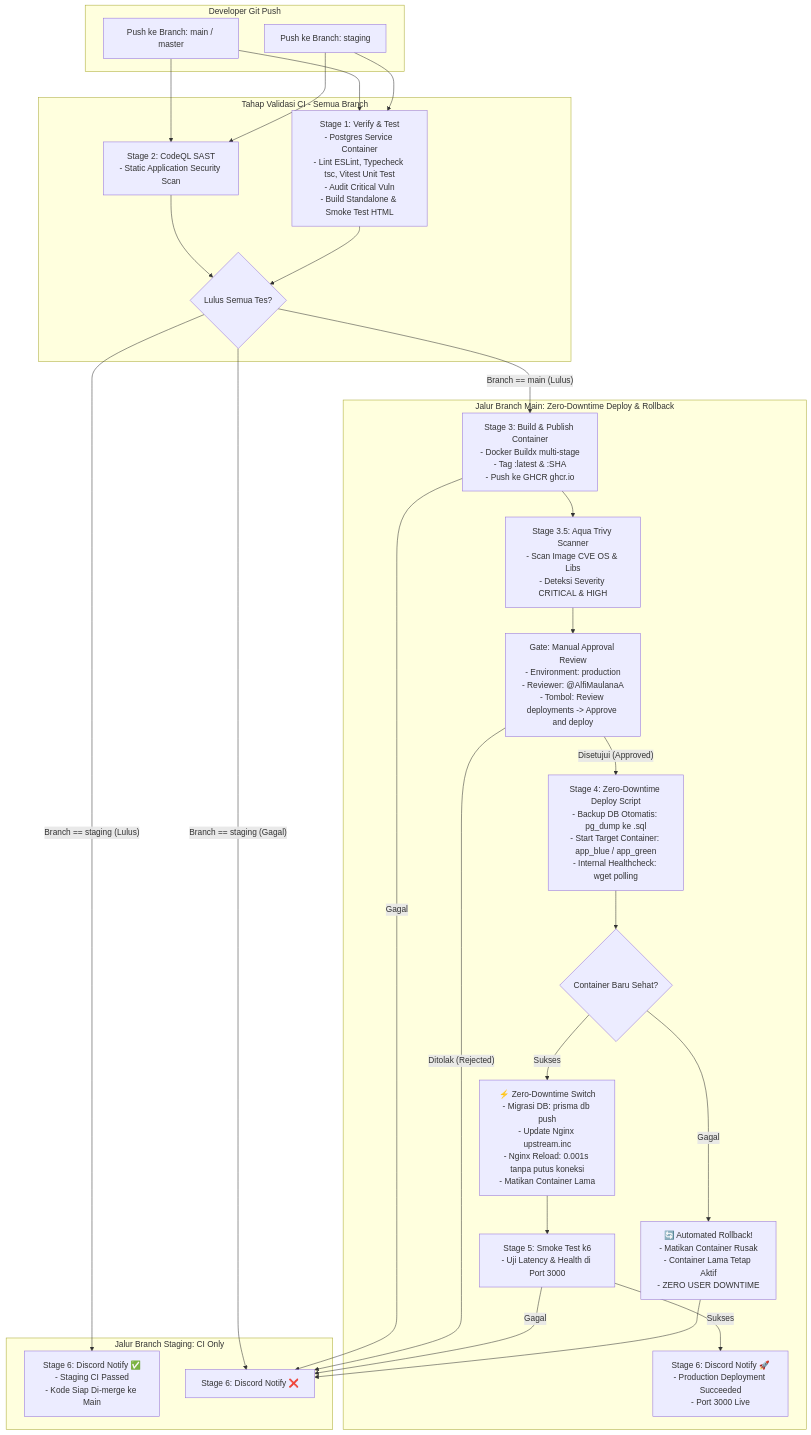
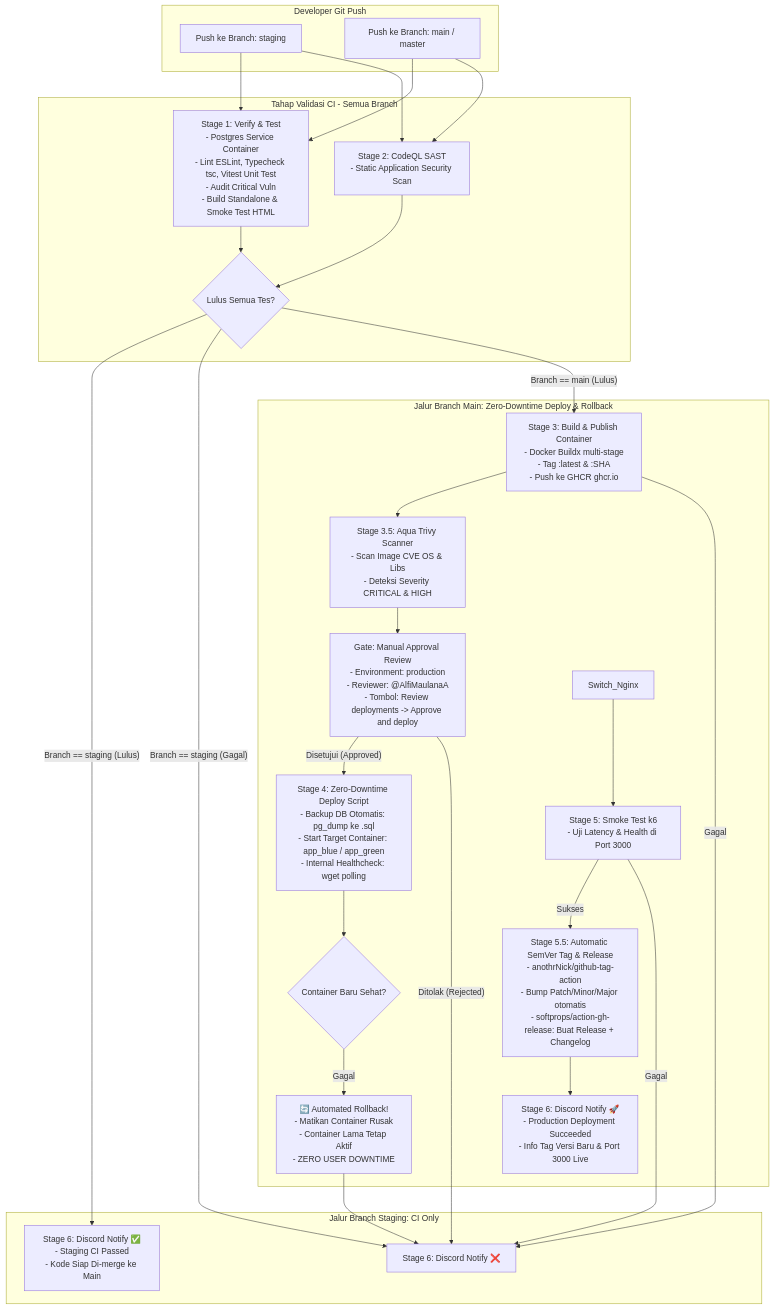
Before and after one commit to AlfiMaulanaA/GSPE-Deployment: the diagram in DOKUMENTASI_CICD_DAN_DOCKER.md, drawn with Mermaid. The commit also changed other lines of this file and 2 other files, not shown here.

Commit message:
feat(ci): fix trivy version tag, add automated SemVer release tagging, and runner guide

````diff
--- a/DOKUMENTASI_CICD_DAN_DOCKER.md
+++ b/DOKUMENTASI_CICD_DAN_DOCKER.md
@@ -9,47 +9,47 @@
 ```mermaid
 flowchart TD
     subgraph Developer_Action [Developer Git Push]
         Dev_Staging[Push ke Branch: staging]
         Dev_Prod[Push ke Branch: main / master]
     end
 
     subgraph CI_Stage [Tahap Validasi CI - Semua Branch]
         Dev_Staging --> Verify[Stage 1: Verify & Test\n- Postgres Service Container\n- Lint ESLint, Typecheck tsc, Vitest Unit Test\n- Audit Critical Vuln\n- Build Standalone & Smoke Test HTML]
         Dev_Prod --> Verify
 
         Dev_Staging --> CodeQL[Stage 2: CodeQL SAST\n- Static Application Security Scan]
         Dev_Prod --> CodeQL
 
         Verify --> Gate{Lulus Semua Tes?}
         CodeQL --> Gate
     end
 
     subgraph Staging_Path [Jalur Branch Staging: CI Only]
         Gate -- Branch == staging (Lulus) --> Notify_Staging_Pass[Stage 6: Discord Notify ✅\n- Staging CI Passed\n- Kode Siap Di-merge ke Main]
         Gate -- Branch == staging (Gagal) --> Notify_Fail[Stage 6: Discord Notify ❌]
     end
 
     subgraph Production_Path [Jalur Branch Main: Zero-Downtime Deploy & Rollback]
         Gate -- Branch == main (Lulus) --> Build_Push[Stage 3: Build & Publish Container\n- Docker Buildx multi-stage\n- Tag :latest & :SHA\n- Push ke GHCR ghcr.io]
 
         Build_Push --> Trivy[Stage 3.5: Aqua Trivy Scanner\n- Scan Image CVE OS & Libs\n- Deteksi Severity CRITICAL & HIGH]
 
         Trivy --> Approval[Gate: Manual Approval Review\n- Environment: production\n- Reviewer: @AlfiMaulanaA\n- Tombol: Review deployments -> Approve and deploy]
 
         Approval -- Disetujui (Approved) --> Runner_Prod[Stage 4: Zero-Downtime Deploy Script\n- Backup DB Otomatis: pg_dump ke .sql\n- Start Target Container: app_blue / app_green\n- Internal Healthcheck: wget polling]
 
         Runner_Prod --> HealthCheck{Container Baru Sehat?}
 
         HealthCheck -- Gagal --> Auto_Rollback[🔄 Automated Rollback!\n- Matikan Container Rusak\n- Container Lama Tetap Aktif\n- ZERO USER DOWNTIME]
         Auto_Rollback --> Notify_Fail
 
-        HealthCheck -- Sukses --> Switch_Nginx[⚡ Zero-Downtime Switch\n- Migrasi DB: prisma db push\n- Update Nginx upstream.inc\n- Nginx Reload: 0.001s tanpa putus koneksi\n- Matikan Container Lama]
-
         Switch_Nginx --> Smoke_Prod[Stage 5: Smoke Test k6\n- Uji Latency & Health di Port 3000]
 
-        Smoke_Prod -- Sukses --> Notify_Prod_Pass[Stage 6: Discord Notify 🚀\n- Production Deployment Succeeded\n- Port 3000 Live]
+        Smoke_Prod -- Sukses --> SemVer[Stage 5.5: Automatic SemVer Tag & Release\n- anothrNick/github-tag-action\n- Bump Patch/Minor/Major otomatis\n- softprops/action-gh-release: Buat Release + Changelog]
         Smoke_Prod -- Gagal --> Notify_Fail
+
+        SemVer --> Notify_Prod_Pass[Stage 6: Discord Notify 🚀\n- Production Deployment Succeeded\n- Info Tag Versi Baru & Port 3000 Live]
         Approval -- Ditolak (Rejected) --> Notify_Fail
         Build_Push -- Gagal --> Notify_Fail
     end
 ```
````
